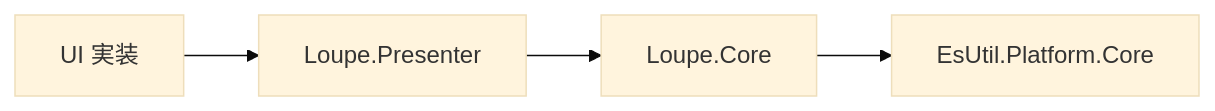
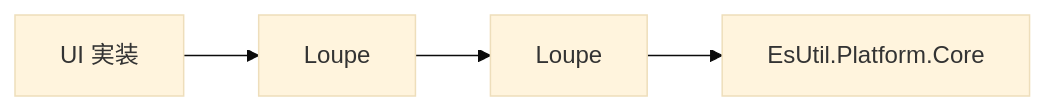
The first of 2 diagrams in src/EsUtil.Feature.Loupe.Presenter/docs/SPEC_System.md (tomokuni/SaveEvidence), drawn with Mermaid (base theme) before and after one commit. The commit also changed other lines of this file and 585 other files, not shown here.

````diff
--- a/src/EsUtil.Feature.Loupe.Presenter/docs/SPEC_System.md
+++ b/src/EsUtil.Feature.Loupe.Presenter/docs/SPEC_System.md
@@ -43,6 +43,6 @@
 ```mermaid
 graph LR
-  UI["UI 実装"] --> R[Loupe.Presenter]
-  R --> B[Loupe.Core]
+  UI["UI 実装"] --> R[Loupe]
+  R --> B[Loupe]
   B --> D[EsUtil.Platform.Core]
 ```
````
